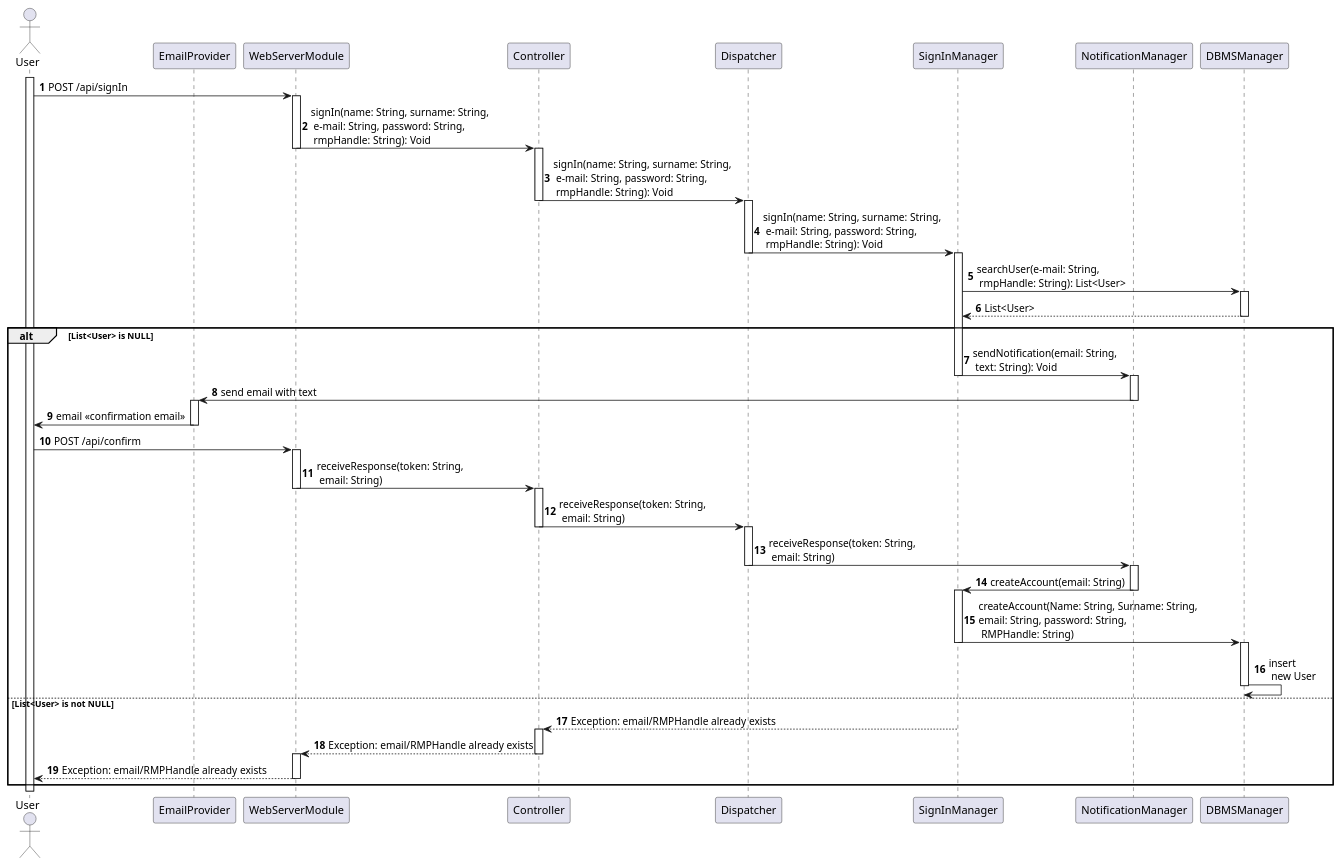
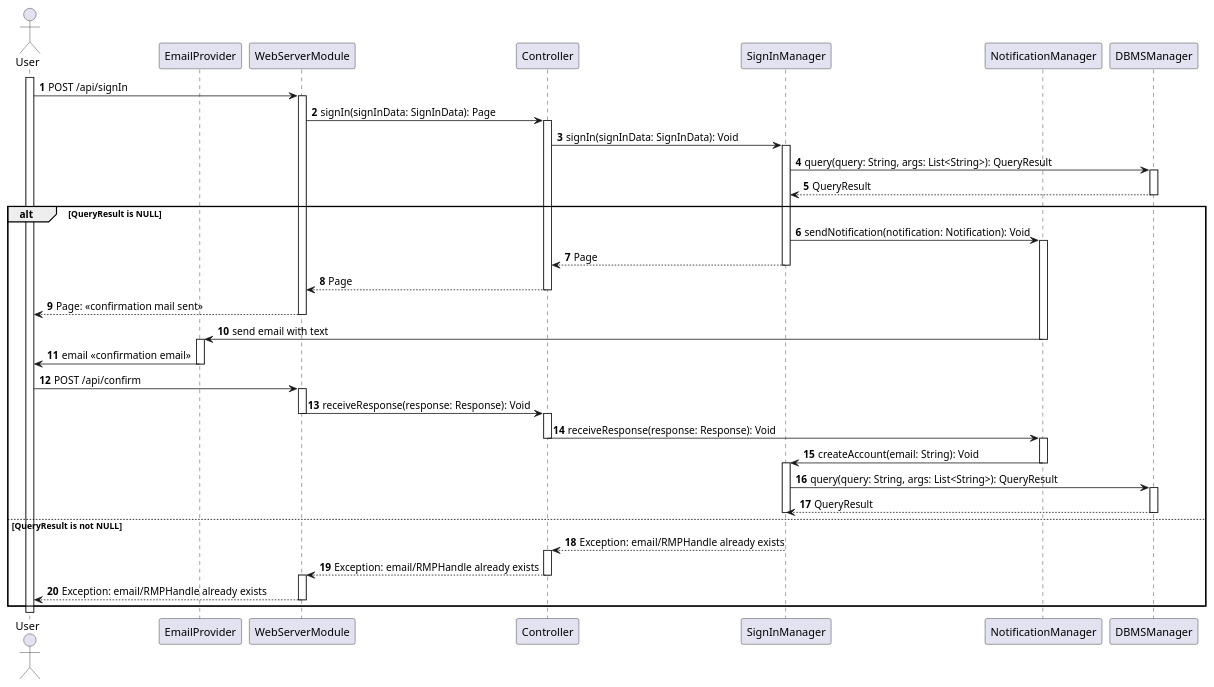
Before and after one commit to Angelo7672/SE2_Requirement-and-Design-Document: the diagram in _DD/Images/sequenceDiagrams/signIn.wsd, drawn with PlantUML. The commit also changed 4 other files, not shown here.

Commit message:
sequence fix

```diff
--- a/_DD/Images/sequenceDiagrams/signIn.wsd
+++ b/_DD/Images/sequenceDiagrams/signIn.wsd
@@ -1,68 +1,64 @@
 @startuml
 
 autonumber
 
 actor User as U
 participant EmailProvider as EP
 participant WebServerModule as WS
 participant Controller as C
-participant Dispatcher as MD
 participant SignInManager as SIM
 participant NotificationManager as NM
 participant DBMSManager as DBMSM
 
 activate U
 U -> WS: POST /api/signIn
 activate WS
-WS -> C: signIn(name: String, surname: String,\n e-mail: String, password: String,\n rmpHandle: String): Void
-deactivate WS
+WS -> C: signIn(signInData: SignInData): Page
 activate C
-C -> MD: signIn(name: String, surname: String,\n e-mail: String, password: String,\n rmpHandle: String): Void
-deactivate C
-activate MD
-MD -> SIM: signIn(name: String, surname: String,\n e-mail: String, password: String,\n rmpHandle: String): Void
-deactivate MD
+C -> SIM: signIn(signInData: SignInData): Void
 activate SIM
-SIM -> DBMSM: searchUser(e-mail: String,\n rmpHandle: String): List<User>
+SIM -> DBMSM: query(query: String, args: List<String>): QueryResult
 activate DBMSM
-DBMSM --> SIM: List<User>
+DBMSM --> SIM: QueryResult
 deactivate DBMSM
-alt List<User> is NULL
-    SIM -> NM: sendNotification(email: String,\n text: String): Void
+alt QueryResult is NULL
+    SIM -> NM: sendNotification(notification: Notification): Void
+    activate NM
+    SIM --> C: Page
     deactivate SIM
-    activate NM
+    C --> WS: Page
+    deactivate C
+    WS --> U: Page: <<confirmation mail sent>>
+    deactivate WS
     NM -> EP: send email with text
     deactivate NM
     activate EP
     EP -> U: email <<confirmation email>>
     deactivate EP
     U -> WS: POST /api/confirm
     activate WS
-    WS -> C: receiveResponse(token: String,\n email: String)
+    WS -> C: receiveResponse(response: Response): Void
     deactivate WS
     activate C
-    C -> MD: receiveResponse(token: String,\n email: String)
+    C -> NM: receiveResponse(response: Response): Void
     deactivate C
-    activate MD
-    MD -> NM: receiveResponse(token: String,\n email: String)
-    deactivate MD
     activate NM
-    NM -> SIM: createAccount(email: String)
+    NM -> SIM: createAccount(email: String): Void
     deactivate NM
     activate SIM
-    SIM -> DBMSM: createAccount(Name: String, Surname: String,\nemail: String, password: String,\n RMPHandle: String)
+    SIM -> DBMSM: query(query: String, args: List<String>): QueryResult
+    activate DBMSM
+    DBMSM --> SIM: QueryResult
+    deactivate DBMSM
     deactivate SIM
-    activate DBMSM
-    DBMSM -> DBMSM: insert\n new User
-    deactivate DBMSM
-else List<User> is not NULL
+else QueryResult is not NULL
     SIM --> C: Exception: email/RMPHandle already exists
     activate C
     C --> WS: Exception: email/RMPHandle already exists
     deactivate C
     activate WS
     WS --> U: Exception: email/RMPHandle already exists
     deactivate WS
 end
 
 @enduml
```
